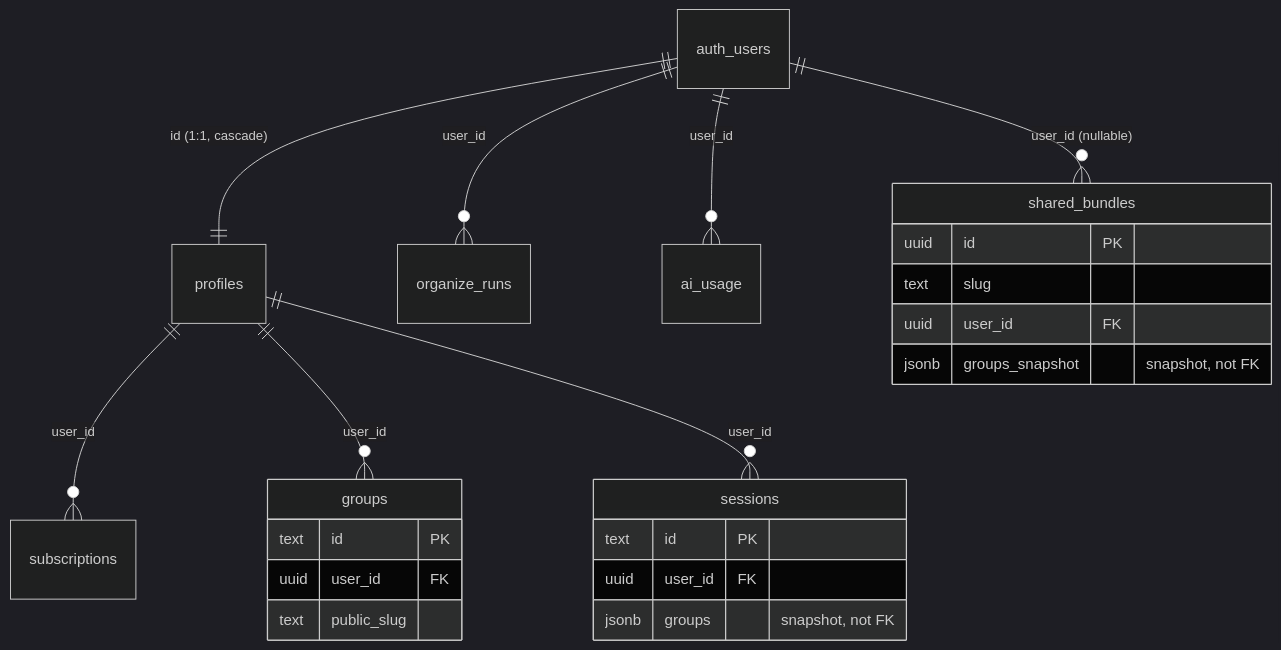
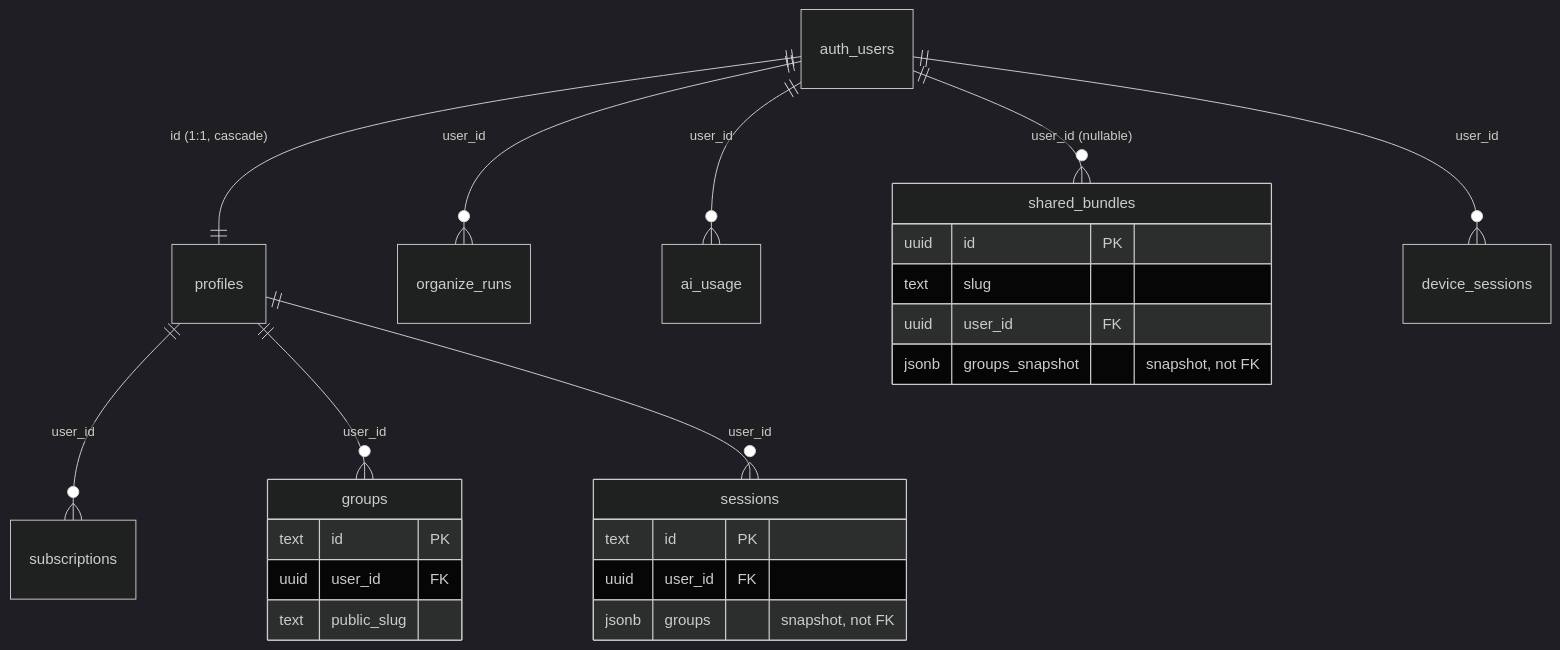
Before and after one commit to lbragile/TabMerger: the diagram in docs/database-schema.md, drawn with Mermaid (dark theme). The commit also changed other lines of this file and 146 other files, not shown here.

First line of the commit message:
feat(migrations): add deduplication and unique constraints for subscriptions, create device_sessions table, and implement AI credit purchases

````diff
--- a/docs/database-schema.md
+++ b/docs/database-schema.md
@@ -200,27 +258,28 @@
 ```mermaid
 erDiagram
     auth_users ||--|| profiles : "id (1:1, cascade)"
     profiles ||--o{ subscriptions : "user_id"
     profiles ||--o{ groups : "user_id"
     profiles ||--o{ sessions : "user_id"
     auth_users ||--o{ organize_runs : "user_id"
     auth_users ||--o{ ai_usage : "user_id"
     auth_users ||--o{ shared_bundles : "user_id (nullable)"
+    auth_users ||--o{ device_sessions : "user_id"
 
     groups {
         text id PK
         uuid user_id FK
         text public_slug
     }
     sessions {
         text id PK
         uuid user_id FK
         jsonb groups "snapshot, not FK"
     }
     shared_bundles {
         uuid id PK
         text slug
         uuid user_id FK
         jsonb groups_snapshot "snapshot, not FK"
     }
 ```
````
